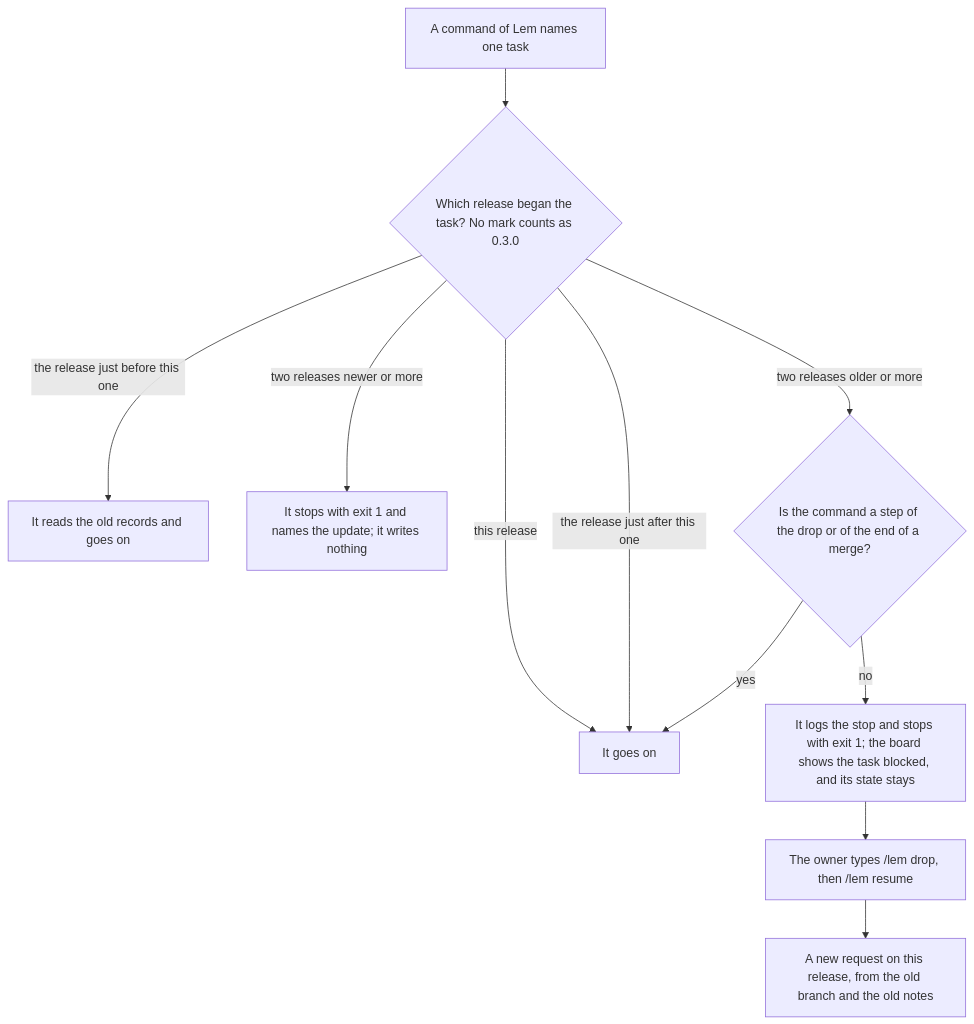
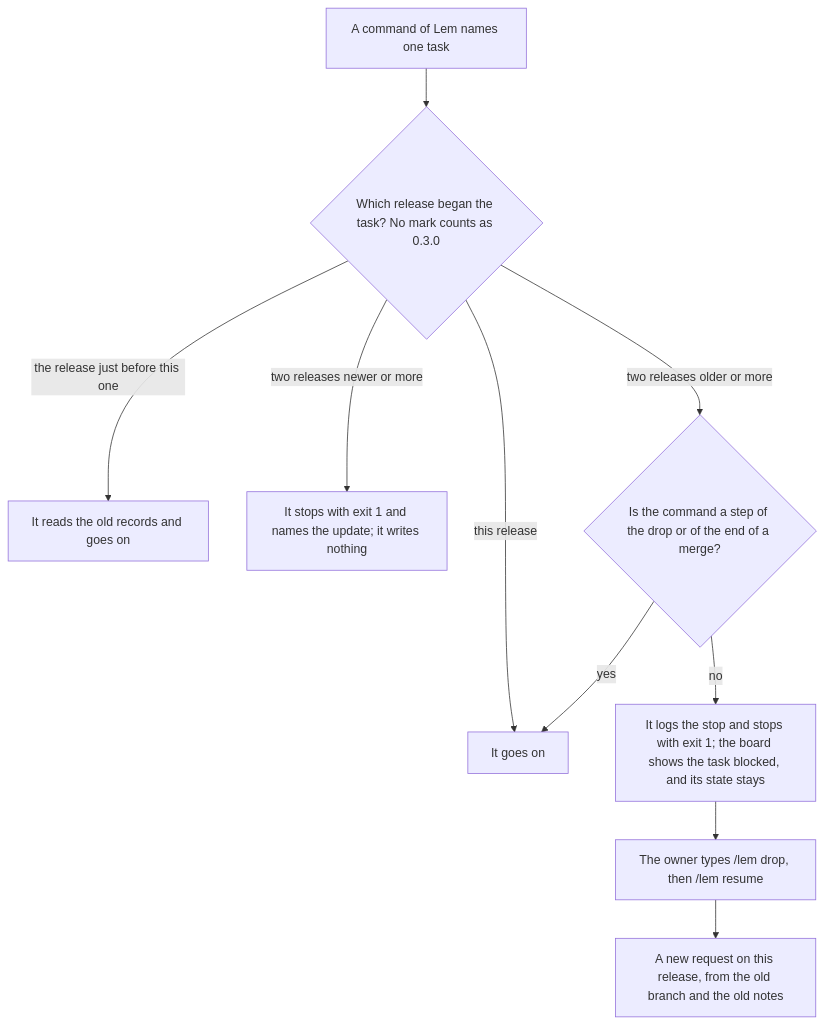
Before and after one commit to pySilver/lem: the diagram in docs/plans/2026-11-23-lem-updates-itself-while-developed.md, drawn with Mermaid. The commit also changed other lines of this file, not shown here.

````diff
--- a/docs/plans/2026-11-23-lem-updates-itself-while-developed.md
+++ b/docs/plans/2026-11-23-lem-updates-itself-while-developed.md
@@ -27,13 +27,12 @@
 ```mermaid
 flowchart TD
   A["A command of Lem names one task"] --> B{"Which release began the task? No mark counts as 0.3.0"}
   B -->|"this release"| C["It goes on"]
   B -->|"the release just before this one"| D["It reads the old records and goes on"]
-  B -->|"the release just after this one"| C
   B -->|"two releases newer or more"| U["It stops with exit 1 and names the update; it writes nothing"]
   B -->|"two releases older or more"| E{"Is the command a step of the drop or of the end of a merge?"}
   E -->|"yes"| C
   E -->|"no"| F["It logs the stop and stops with exit 1; the board shows the task blocked, and its state stays"]
   F --> G["The owner types /lem drop, then /lem resume"]
   G --> H["A new request on this release, from the old branch and the old notes"]
 ```
````
